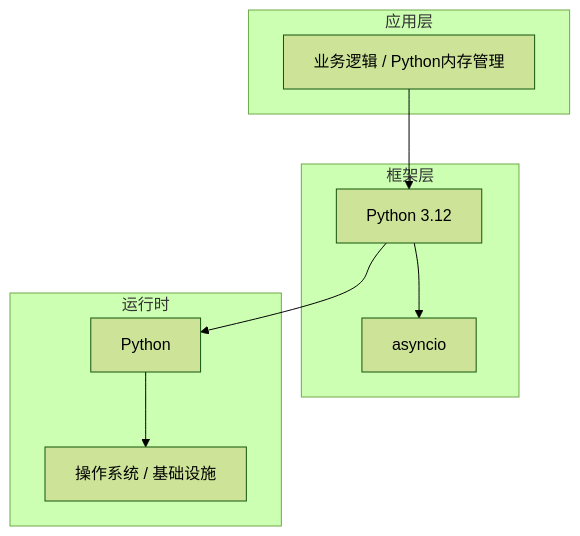
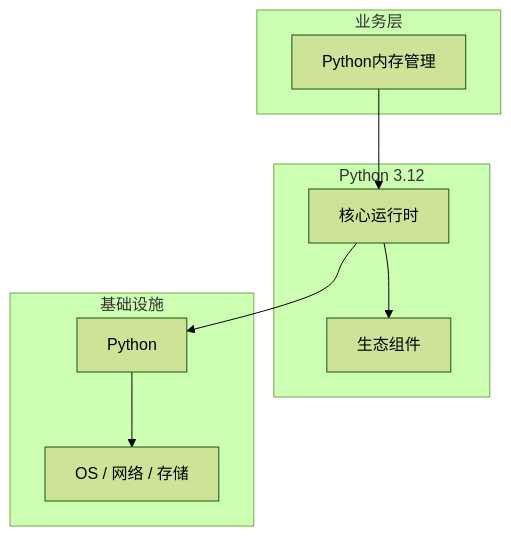
One commit to yanggan2015/knowledge-json-v2 changed the diagram in articles/Python高级/chapters/001-Python内存管理核心概念与原理.md. Above: the diagram before and after it, drawn with Mermaid (forest theme). The commit also changed other lines of this file and 10127 other files, not shown here.

````diff
--- a/articles/Python高级/chapters/001-Python内存管理核心概念与原理.md
+++ b/articles/Python高级/chapters/001-Python内存管理核心概念与原理.md
@@ -45,18 +34,18 @@
 ```mermaid
 graph TB
-    subgraph 应用层
-        A[业务逻辑 / Python内存管理]
+    subgraph 业务层
+        A[Python内存管理]
     end
-    subgraph 框架层
-        B[Python 3.12]
-        C[asyncio]
+    subgraph Python 3.12
+        B[核心运行时]
+        C[生态组件]
     end
-    subgraph 运行时
+    subgraph 基础设施
         D[Python]
-        E[操作系统 / 基础设施]
+        E[OS / 网络 / 存储]
     end
     A --> B
     B --> C
     B --> D
     D --> E
 ```
````
